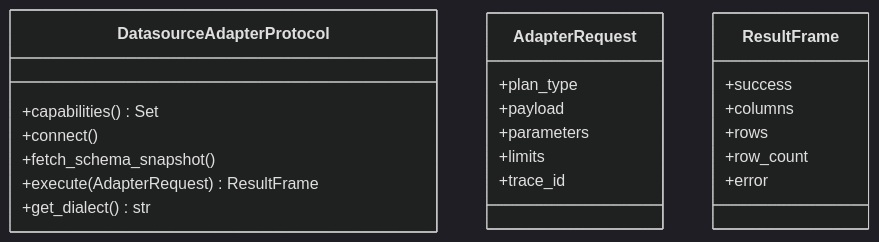
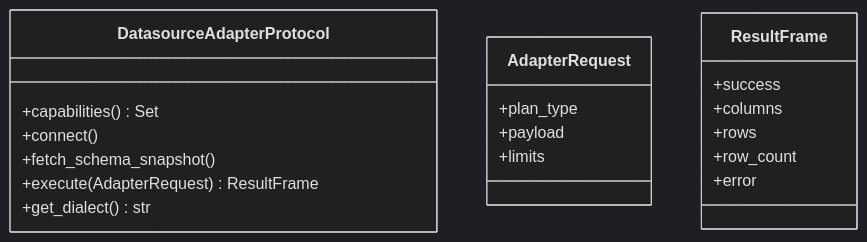
Before and after one commit to nadeem4/nl2sql: the second of 3 diagrams in docs/adapters/architecture.md, drawn with Mermaid (dark theme). The commit also changed other lines of this file and 46 other files, not shown here.

First line of the commit message:
feat: expand documentation and architecture details for NL2SQL

````diff
--- a/docs/adapters/architecture.md
+++ b/docs/adapters/architecture.md
@@ -18,24 +18,22 @@
 ```mermaid
 classDiagram
     class DatasourceAdapterProtocol {
         +capabilities() Set
         +connect()
         +fetch_schema_snapshot()
         +execute(AdapterRequest) ResultFrame
         +get_dialect() str
     }
     class AdapterRequest {
         +plan_type
         +payload
-        +parameters
         +limits
-        +trace_id
     }
     class ResultFrame {
         +success
         +columns
         +rows
         +row_count
         +error
     }
 ```
````
